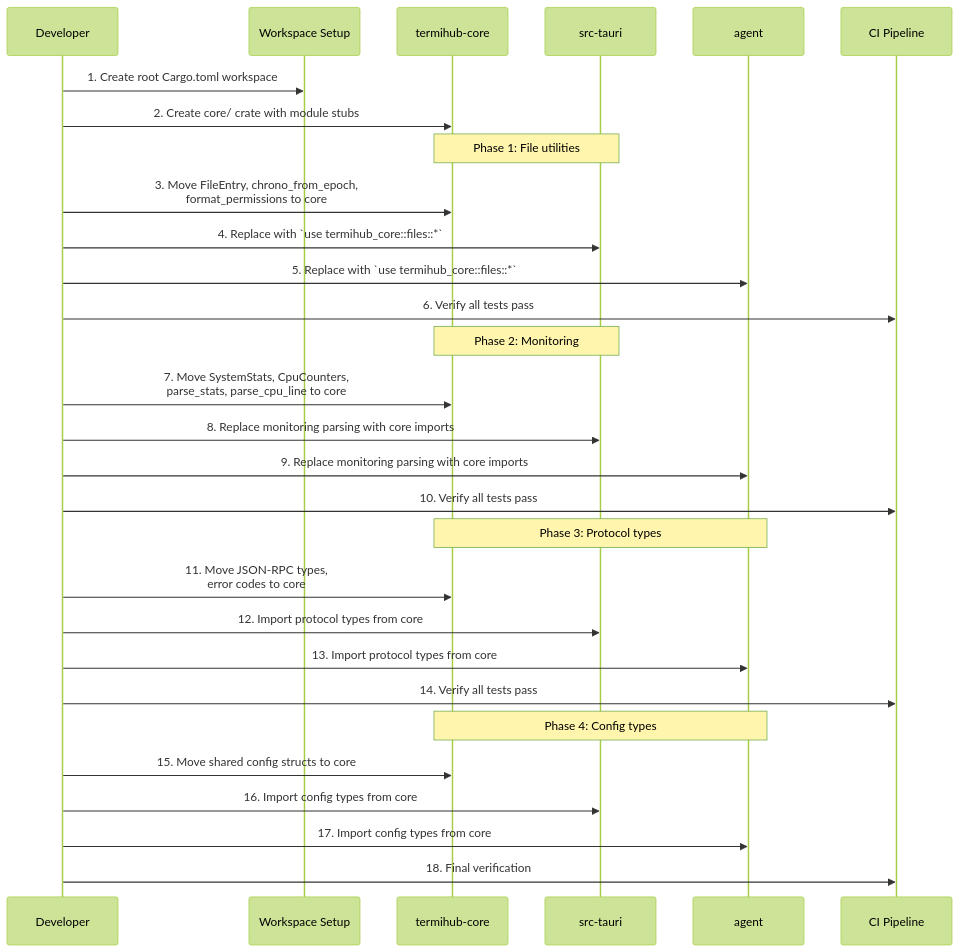
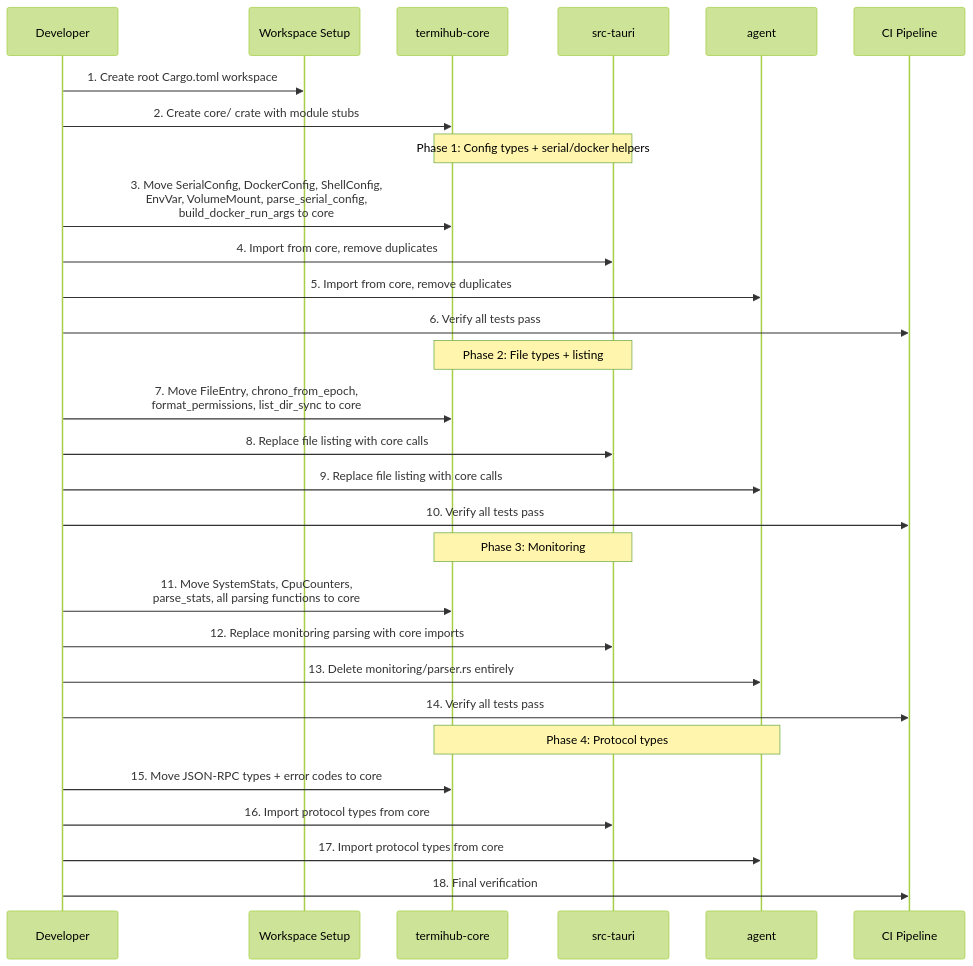
The ninth of 9 diagrams in docs/concepts/shared-rust-core.md (armaxri/termiHub), drawn with Mermaid (forest theme) before and after one commit. The commit also changed other lines of this file, not shown here.

First line of the commit message:
docs(concept): rewrite shared-rust-core with deeper backend analysis

````diff
--- a/docs/concepts/shared-rust-core.md
+++ b/docs/concepts/shared-rust-core.md
@@ -301,36 +533,36 @@
 ```mermaid
 sequenceDiagram
     participant Dev as Developer
     participant WS as Workspace Setup
     participant Core as termihub-core
     participant Desktop as src-tauri
     participant Agent as agent
     participant CI as CI Pipeline
 
     Dev->>WS: 1. Create root Cargo.toml workspace
     Dev->>Core: 2. Create core/ crate with module stubs
 
-    Note over Core,Desktop: Phase 1: File utilities
-    Dev->>Core: 3. Move FileEntry, chrono_from_epoch,<br/>format_permissions to core
-    Dev->>Desktop: 4. Replace with `use termihub_core::files::*`
-    Dev->>Agent: 5. Replace with `use termihub_core::files::*`
+    Note over Core,Desktop: Phase 1: Config types + serial/docker helpers
+    Dev->>Core: 3. Move SerialConfig, DockerConfig, ShellConfig,<br/>EnvVar, VolumeMount, parse_serial_config,<br/>build_docker_run_args to core
+    Dev->>Desktop: 4. Import from core, remove duplicates
+    Dev->>Agent: 5. Import from core, remove duplicates
     Dev->>CI: 6. Verify all tests pass
 
-    Note over Core,Desktop: Phase 2: Monitoring
-    Dev->>Core: 7. Move SystemStats, CpuCounters,<br/>parse_stats, parse_cpu_line to core
-    Dev->>Desktop: 8. Replace monitoring parsing with core imports
-    Dev->>Agent: 9. Replace monitoring parsing with core imports
+    Note over Core,Desktop: Phase 2: File types + listing
+    Dev->>Core: 7. Move FileEntry, chrono_from_epoch,<br/>format_permissions, list_dir_sync to core
+    Dev->>Desktop: 8. Replace file listing with core calls
+    Dev->>Agent: 9. Replace file listing with core calls
     Dev->>CI: 10. Verify all tests pass
 
-    Note over Core,Agent: Phase 3: Protocol types
-    Dev->>Core: 11. Move JSON-RPC types,<br/>error codes to core
-    Dev->>Desktop: 12. Import protocol types from core
-    Dev->>Agent: 13. Import protocol types from core
+    Note over Core,Desktop: Phase 3: Monitoring
+    Dev->>Core: 11. Move SystemStats, CpuCounters,<br/>parse_stats, all parsing functions to core
+    Dev->>Desktop: 12. Replace monitoring parsing with core imports
+    Dev->>Agent: 13. Delete monitoring/parser.rs entirely
     Dev->>CI: 14. Verify all tests pass
 
-    Note over Core,Agent: Phase 4: Config types
-    Dev->>Core: 15. Move shared config structs to core
-    Dev->>Desktop: 16. Import config types from core
-    Dev->>Agent: 17. Import config types from core
+    Note over Core,Agent: Phase 4: Protocol types
+    Dev->>Core: 15. Move JSON-RPC types + error codes to core
+    Dev->>Desktop: 16. Import protocol types from core
+    Dev->>Agent: 17. Import protocol types from core
     Dev->>CI: 18. Final verification
 ```
````
